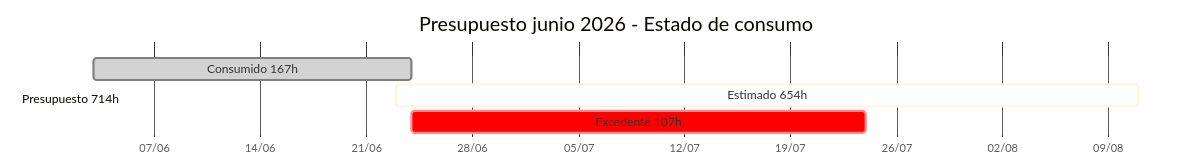
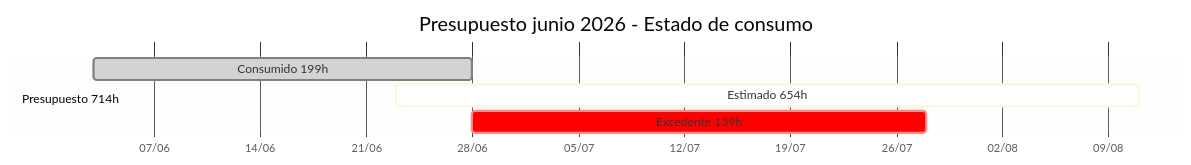
Before and after one commit to Mkdir-arg/Chaco-Back: the diagram in docs/client/financiero/mes-2026-06.md, drawn with Mermaid. The commit also changed other lines of this file and 2 other files, not shown here.

````diff
--- a/docs/client/financiero/mes-2026-06.md
+++ b/docs/client/financiero/mes-2026-06.md
@@ -50,12 +50,12 @@
 ```mermaid
 %%{init: {'theme':'base', 'themeVariables': {'fontSize':'16px'}}}%%
 gantt
     title Presupuesto junio 2026 - Estado de consumo
     dateFormat YYYY-MM-DD
     axisFormat %d/%m
     
     section Presupuesto 714h
-    Consumido 167h                   :done, consume, 2026-06-03, 2026-06-24
+    Consumido 199h                   :done, consume, 2026-06-03, 2026-06-28
     Estimado 654h                    :active, estimate, 2026-06-23, 49d
-    Excedente 107h                   :crit, over, 2026-06-24, 30d
+    Excedente 139h                   :crit, over, 2026-06-28, 30d
 ```
````
